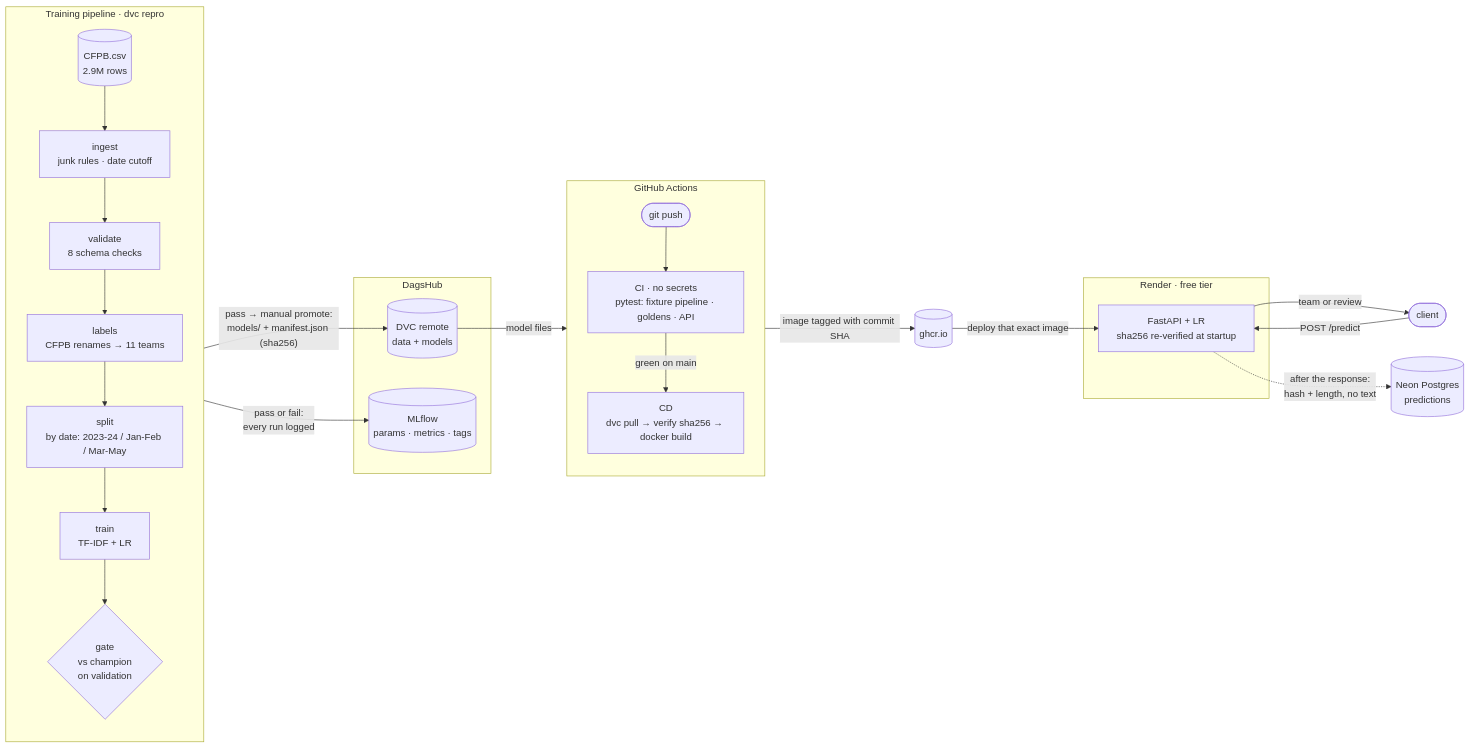
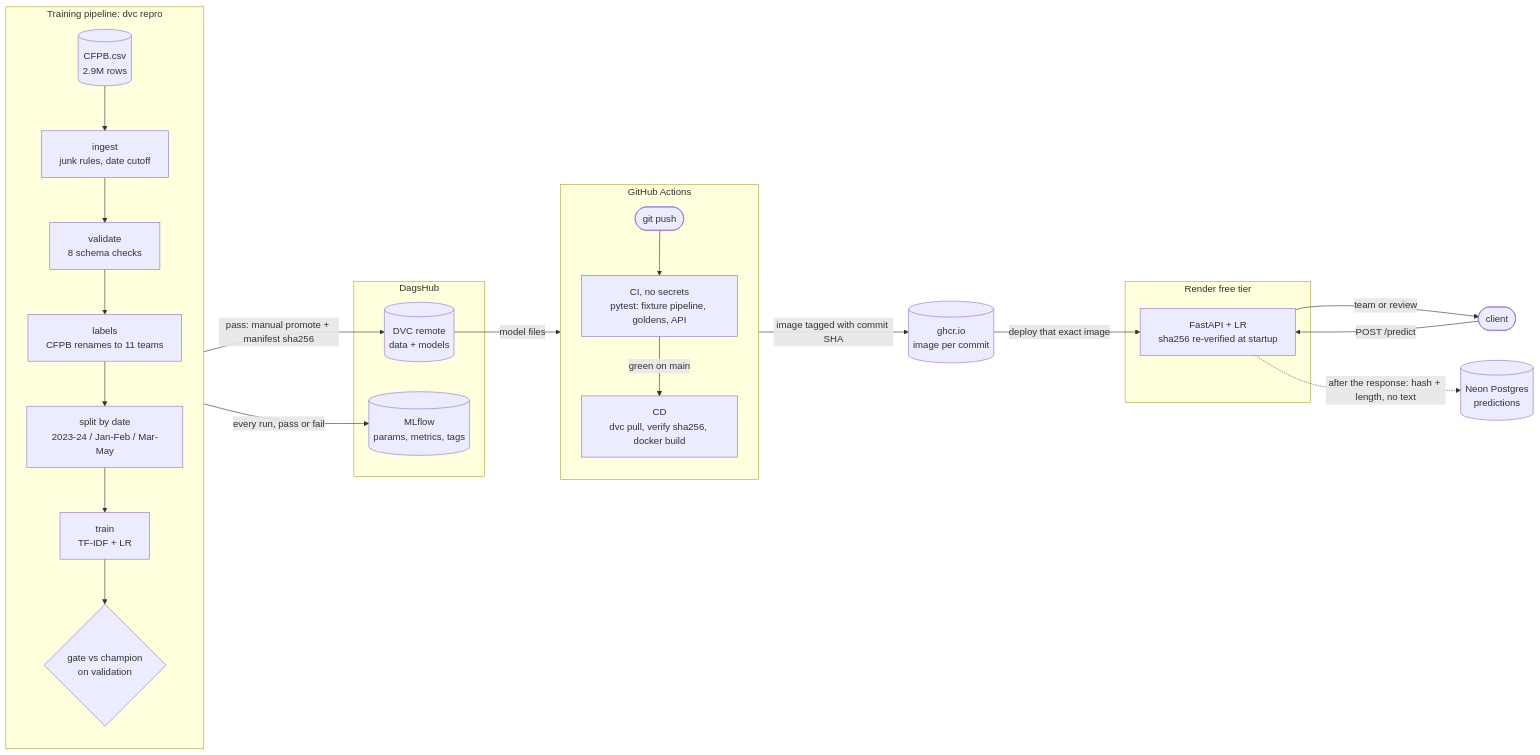
Before and after one commit to suvignan/Ticket-router: the first of 2 diagrams in README.md, drawn with Mermaid. The commit also changed other lines of this file, not shown here.

Commit message:
README: Mermaid diagrams in GitHub-safe syntax

````diff
--- a/README.md
+++ b/README.md
@@ -57,38 +77,46 @@
 ```mermaid
 flowchart LR
-    subgraph TRAIN["Training pipeline · dvc repro"]
+    subgraph TRAIN["Training pipeline: dvc repro"]
         direction TB
-        RAW[("CFPB.csv<br/>2.9M rows")] --> ING["ingest<br/>junk rules · date cutoff"]
-        ING --> VAL["validate<br/>8 schema checks"]
-        VAL --> LAB["labels<br/>CFPB renames → 11 teams"]
-        LAB --> SPL["split<br/>by date: 2023-24 / Jan-Feb / Mar-May"]
-        SPL --> TRN["train<br/>TF-IDF + LR"]
-        TRN --> GATE{"gate<br/>vs champion<br/>on validation"}
+        RAW[("CFPB.csv<br/>2.9M rows")]
+        ING["ingest<br/>junk rules, date cutoff"]
+        VAL["validate<br/>8 schema checks"]
+        LAB["labels<br/>CFPB renames to 11 teams"]
+        SPL["split by date<br/>2023-24 / Jan-Feb / Mar-May"]
+        TRN["train<br/>TF-IDF + LR"]
+        GATE{"gate vs champion<br/>on validation"}
+        RAW --> ING --> VAL --> LAB --> SPL --> TRN --> GATE
     end
 
     subgraph HUB["DagsHub"]
         DVC[("DVC remote<br/>data + models")]
-        MLF[("MLflow<br/>params · metrics · tags")]
+        MLF[("MLflow<br/>params, metrics, tags")]
     end
-
-    GATE -- "pass or fail:<br/>every run logged" --> MLF
-    GATE -- "pass → manual promote:<br/>models/ + manifest.json (sha256)" --> DVC
 
     subgraph GHA["GitHub Actions"]
         direction TB
-        PUSH(["git push"]) --> CI["CI · no secrets<br/>pytest: fixture pipeline · goldens · API"]
-        CI -- "green on main" --> CD["CD<br/>dvc pull → verify sha256 → docker build"]
+        PUSH(["git push"])
+        CI["CI, no secrets<br/>pytest: fixture pipeline, goldens, API"]
+        CD["CD<br/>dvc pull, verify sha256, docker build"]
+        PUSH --> CI
+        CI -->|"green on main"| CD
     end
 
-    DVC -- "model files" --> CD
-    CD -- "image tagged with commit SHA" --> GHCR[("ghcr.io")]
+    GHCR[("ghcr.io<br/>image per commit")]
 
-    subgraph RENDER["Render · free tier"]
+    subgraph RENDER["Render free tier"]
         API["FastAPI + LR<br/>sha256 re-verified at startup"]
     end
 
-    GHCR -- "deploy that exact image" --> API
-    CLIENT(["client"]) -- "POST /predict" --> API
-    API -- "team or review" --> CLIENT
-    API -. "after the response:<br/>hash + length, no text" .-> NEON[("Neon Postgres<br/>predictions")]
+    CLIENT(["client"])
+    NEON[("Neon Postgres<br/>predictions")]
+
+    GATE -->|"every run, pass or fail"| MLF
+    GATE -->|"pass: manual promote + manifest sha256"| DVC
+    DVC -->|"model files"| CD
+    CD -->|"image tagged with commit SHA"| GHCR
+    GHCR -->|"deploy that exact image"| API
+    CLIENT -->|"POST /predict"| API
+    API -->|"team or review"| CLIENT
+    API -.->|"after the response: hash + length, no text"| NEON
 ```
````
